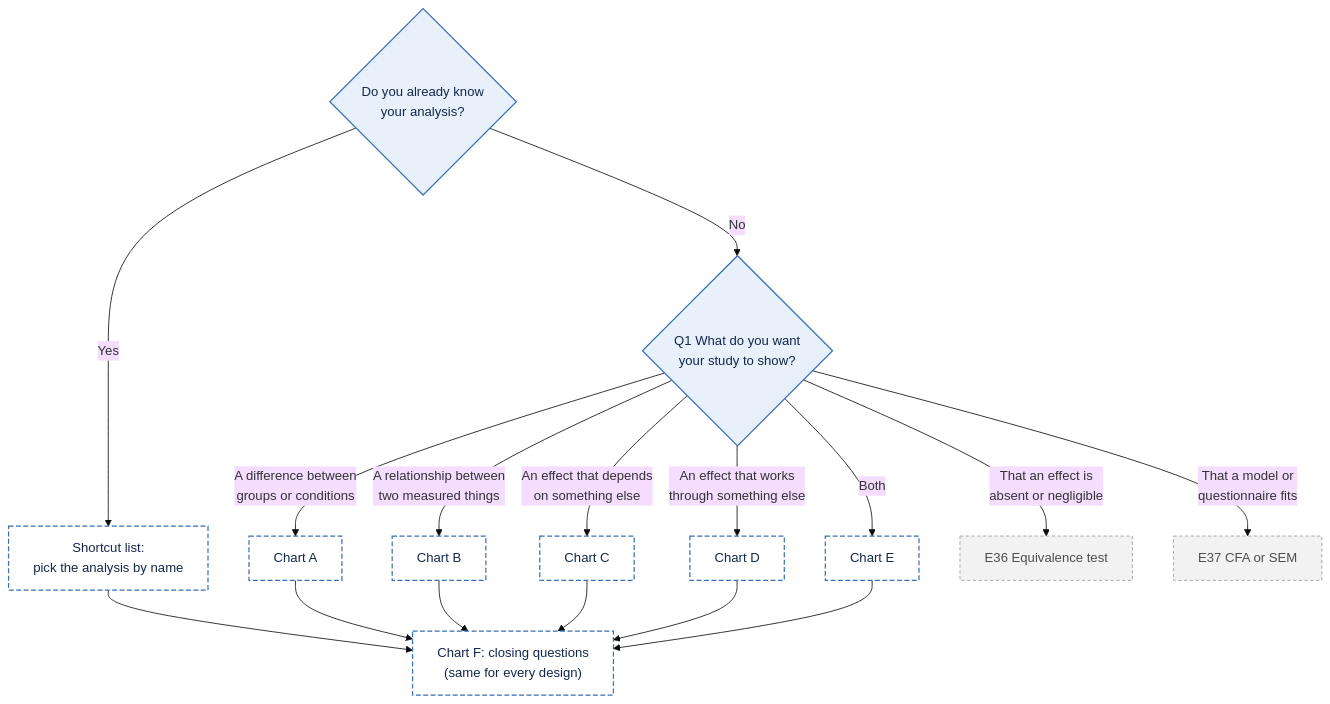
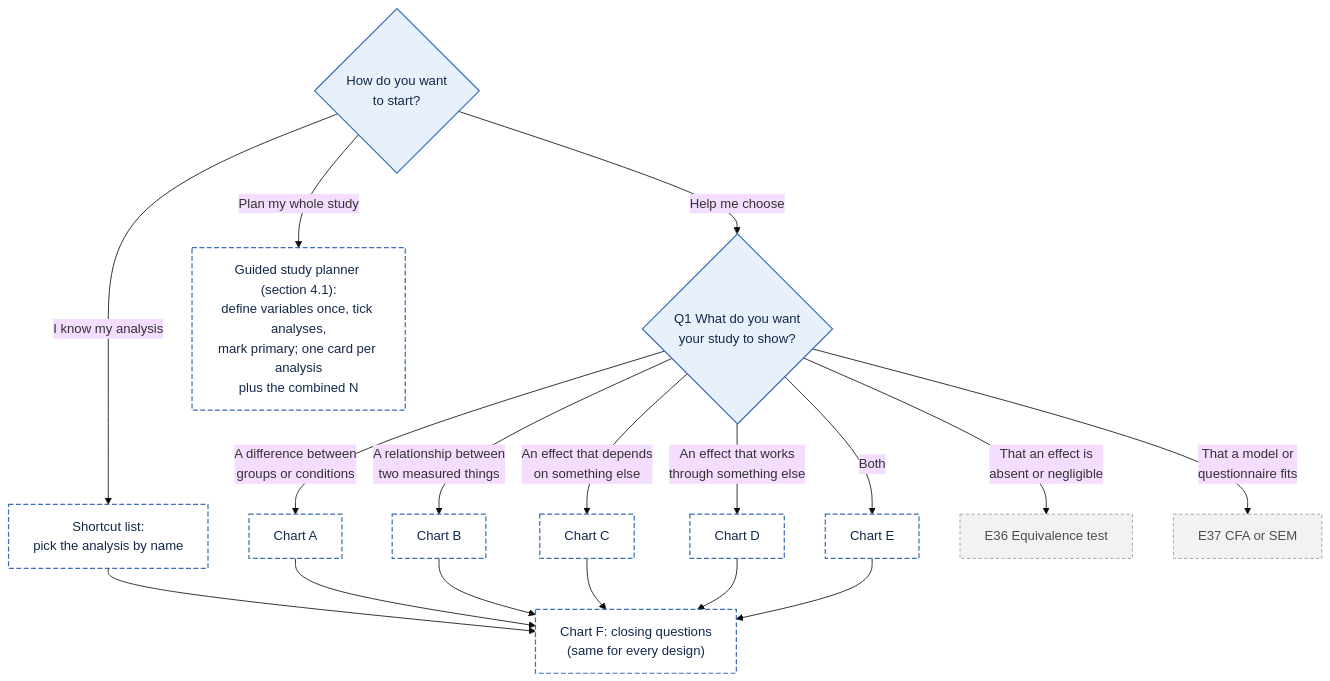
Before and after one commit to JoelThornton/Powerkit: the diagram in docs/figures/decision-tree/0-overview.mmd, drawn with Mermaid (base theme). The commit also changed 11 other files, not shown here.

First line of the commit message:
decision-tree: studies with several hypotheses; guided whole-study route

```diff
--- a/docs/figures/decision-tree/0-overview.mmd
+++ b/docs/figures/decision-tree/0-overview.mmd
@@ -1,25 +1,26 @@
 flowchart TD
-  S0{"Do you already know<br/>your analysis?"}
-  S0 -->|Yes| SC["Shortcut list:<br/>pick the analysis by name"]
-  S0 -->|No| Q1{"Q1 What do you want<br/>your study to show?"}
+  S0{"How do you want<br/>to start?"}
+  S0 -->|I know my analysis| SC["Shortcut list:<br/>pick the analysis by name"]
+  S0 -->|Help me choose| Q1{"Q1 What do you want<br/>your study to show?"}
+  S0 -->|Plan my whole study| G["Guided study planner (section 4.1):<br/>define variables once, tick analyses,<br/>mark primary; one card per analysis<br/>plus the combined N"]
   Q1 -->|A difference between<br/>groups or conditions| A["Chart A"]
   Q1 -->|A relationship between<br/>two measured things| B["Chart B"]
   Q1 -->|An effect that depends<br/>on something else| C["Chart C"]
   Q1 -->|An effect that works<br/>through something else| D["Chart D"]
   Q1 -->|Both| E["Chart E"]
   Q1 -->|That an effect is<br/>absent or negligible| E36["E36 Equivalence test"]
   Q1 -->|That a model or<br/>questionnaire fits| E37["E37 CFA or SEM"]
   SC --> F["Chart F: closing questions<br/>(same for every design)"]
   A --> F
   B --> F
   C --> F
   D --> F
   E --> F
   class S0,Q1 q
-  class SC,A,B,C,D,E,F jump
+  class SC,A,B,C,D,E,F,G jump
   class E36,E37 later
   classDef q fill:#E8F0FB,stroke:#3B6FB6,color:#14284B,stroke-width:1.5px
   classDef avail fill:#DDF2E3,stroke:#2E7D4F,color:#123D24,stroke-width:1.5px
   classDef spec fill:#FFF0D1,stroke:#B97A00,color:#4A3200,stroke-width:1.5px
   classDef later fill:#F2F2F2,stroke:#9A9A9A,color:#4D4D4D,stroke-width:1px,stroke-dasharray:4 3
   classDef jump fill:#FFFFFF,stroke:#3B6FB6,color:#14284B,stroke-width:1.5px,stroke-dasharray:6 3
```
